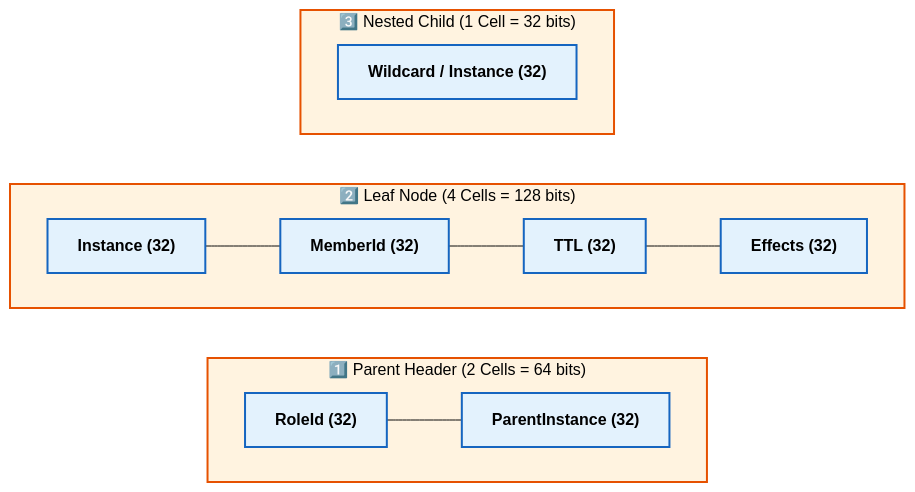
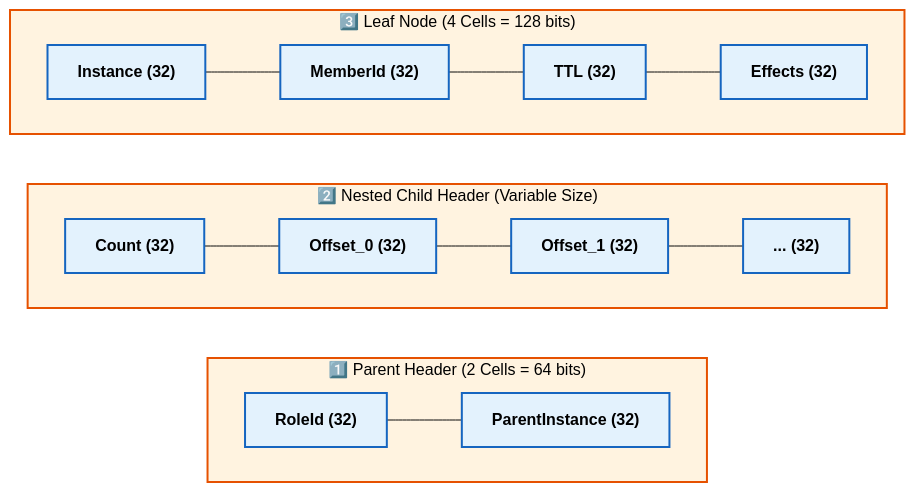
The third of 3 diagrams in src/rbac/README.md (Elnsor/native-mongo-odm), drawn with Mermaid (base theme) before and after one commit. The commit also changed other lines of this file and 1 other file, not shown here.

````diff
--- a/src/rbac/README.md
+++ b/src/rbac/README.md
@@ -165,19 +163,19 @@
 ```mermaid
 flowchart LR
     subgraph ParentHeader ["1️⃣ Parent Header (2 Cells = 64 bits)"]
         direction LR
         PH1["RoleId (32)"] --- PH2["ParentInstance (32)"]
     end
-    subgraph LeafNode ["2️⃣ Leaf Node (4 Cells = 128 bits)"]
+    subgraph NestedHeader ["2️⃣ Nested Child Header (Variable Size)"]
+        direction LR
+        NC1["Count (32)"] --- NC2["Offset_0 (32)"] --- NC3["Offset_1 (32)"] --- NC4["... (32)"]
+    end
+    subgraph LeafNode ["3️⃣ Leaf Node (4 Cells = 128 bits)"]
         direction LR
         LN1["Instance (32)"] --- LN2["MemberId (32)"] --- LN3["TTL (32)"] --- LN4["Effects (32)"]
     end
-    subgraph NestedChild ["3️⃣ Nested Child (1 Cell = 32 bits)"]
-        direction LR
-        NC1["Wildcard / Instance (32)"]
-    end
     classDef cell fill:#e3f2fd,stroke:#1565c0,stroke-width:2px,color:#000,font-weight:bold;
-    class PH1,PH2,LN1,LN2,LN3,LN4,NC1 cell;
+    class PH1,PH2,NC1,NC2,NC3,NC4,LN1,LN2,LN3,LN4 cell;
     classDef sub fill:#fff3e0,stroke:#e65100,stroke-width:2px,color:#000;
-    class ParentHeader,LeafNode,NestedChild sub;
+    class ParentHeader,NestedHeader,LeafNode sub;
 ```
````
